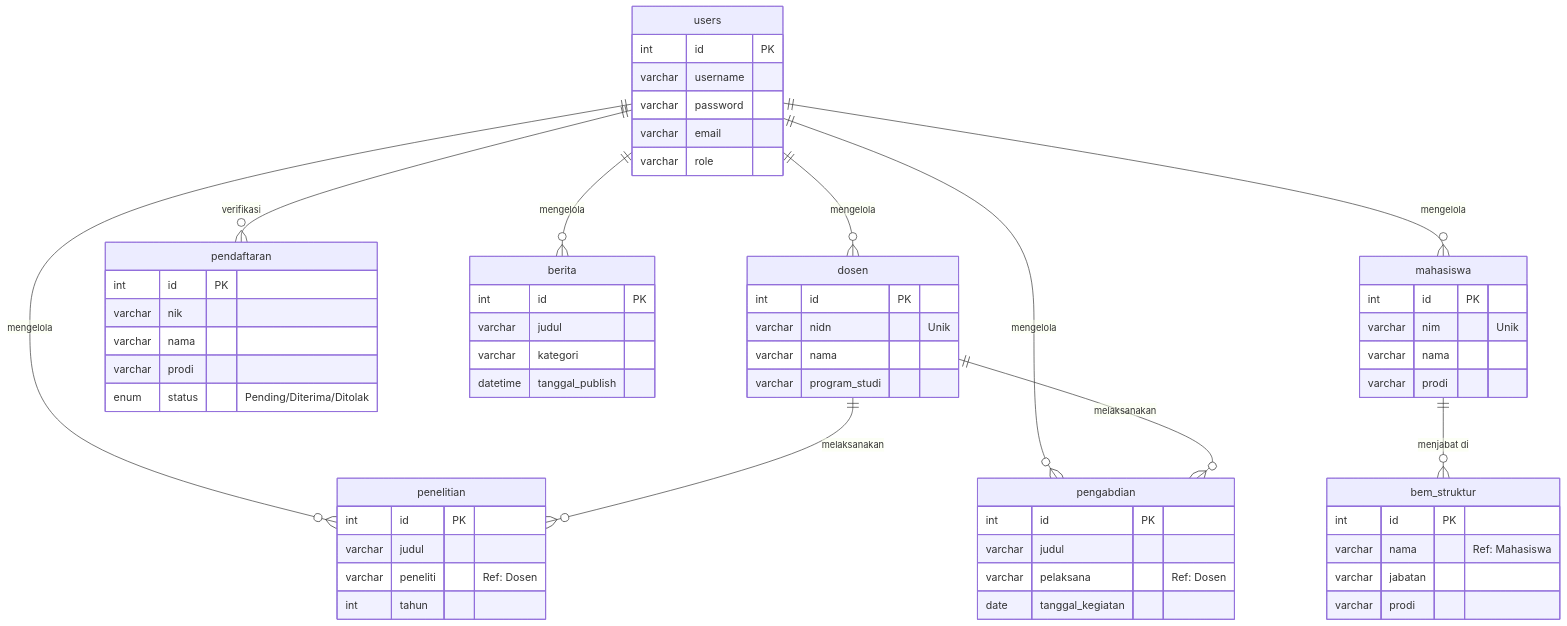
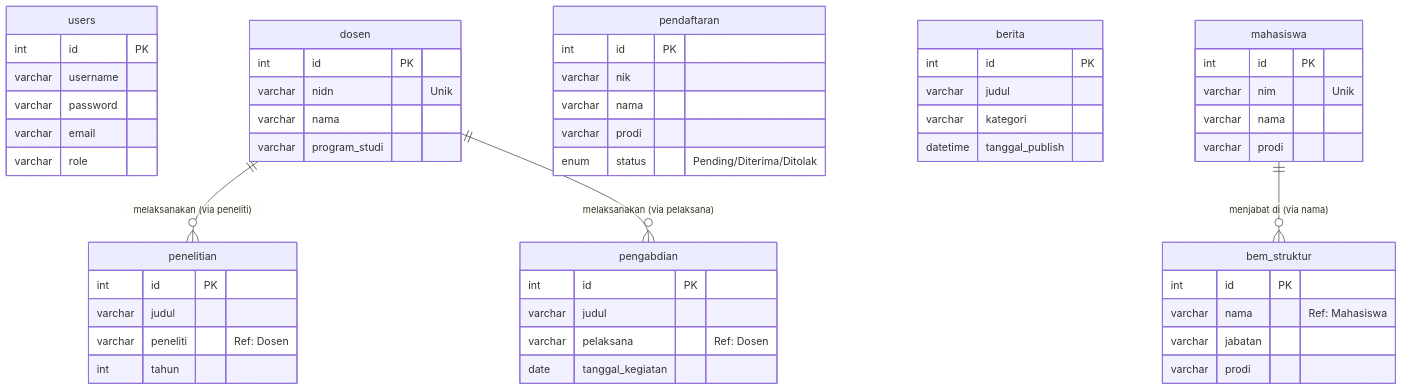
Before and after one commit to arbain-dev/Web_fikom: the diagram in docs/relasi_database.md, drawn with Mermaid. The commit also changed 2 other files, not shown here.

Commit message:
Update ERD to match actual database schema relationships

````diff
--- a/docs/relasi_database.md
+++ b/docs/relasi_database.md
@@ -9,73 +9,66 @@
 ```mermaid
 erDiagram
     users {
         int id PK
         varchar username
         varchar password
         varchar email
         varchar role
     }
 
     dosen {
         int id PK
         varchar nidn "Unik"
         varchar nama
         varchar program_studi
     }
 
     penelitian {
         int id PK
         varchar judul
         varchar peneliti "Ref: Dosen"
         int tahun
     }
 
     pengabdian {
         int id PK
         varchar judul
         varchar pelaksana "Ref: Dosen"
         date tanggal_kegiatan
     }
 
     pendaftaran {
         int id PK
         varchar nik
         varchar nama
         varchar prodi
         enum status "Pending/Diterima/Ditolak"
     }
 
     berita {
         int id PK
         varchar judul
         varchar kategori
         datetime tanggal_publish
     }
 
     mahasiswa {
         int id PK
         varchar nim "Unik"
         varchar nama
         varchar prodi
     }
 
     bem_struktur {
         int id PK
         varchar nama "Ref: Mahasiswa"
         varchar jabatan
         varchar prodi
     }
 
-    %% Relasi Logis
-    users ||--o{ berita : "mengelola"
-    users ||--o{ dosen : "mengelola"
-    users ||--o{ penelitian : "mengelola"
-    users ||--o{ pengabdian : "mengelola"
-    users ||--o{ pendaftaran : "verifikasi"
-    users ||--o{ mahasiswa : "mengelola"
+    %% Relasi Logis Berdasarkan Kolom Data
+    dosen ||--o{ penelitian : "melaksanakan (via peneliti)"
+    dosen ||--o{ pengabdian : "melaksanakan (via pelaksana)"
     
-    dosen ||--o{ penelitian : "melaksanakan"
-    dosen ||--o{ pengabdian : "melaksanakan"
-    
-    mahasiswa ||--o{ bem_struktur : "menjabat di"
+    mahasiswa ||--o{ bem_struktur : "menjabat di (via nama)"
 ```
````
